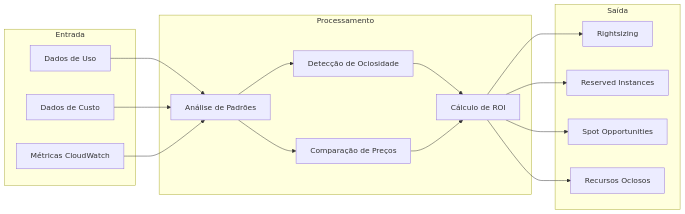
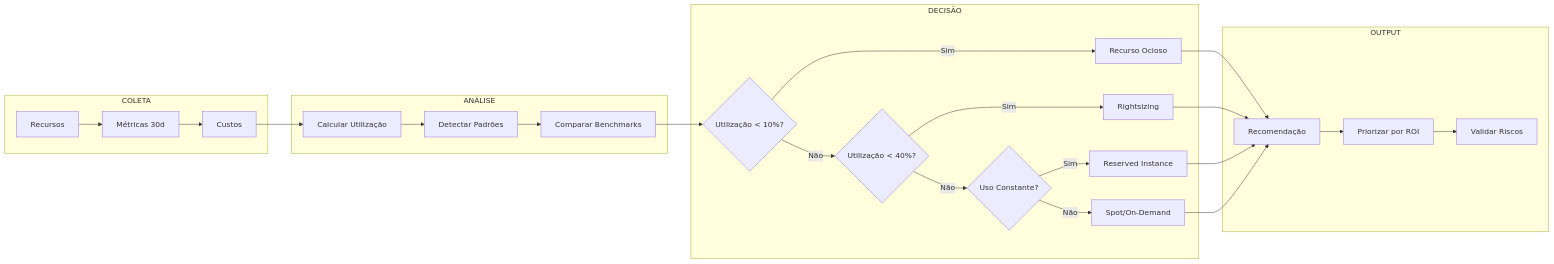
The ninth of 13 diagrams in docs/FUNCTIONAL_GUIDE.md (FELIPEACASTRO/finops-aws-bdr), drawn with Mermaid before and after one commit. The commit also changed other lines of this file and 6 other files, not shown here.

````diff
--- a/docs/FUNCTIONAL_GUIDE.md
+++ b/docs/FUNCTIONAL_GUIDE.md
@@ -378,34 +801,32 @@
 ```mermaid
 flowchart LR
-    subgraph "Entrada"
-        A[Dados de Uso]
-        B[Dados de Custo]
-        C[Métricas CloudWatch]
+    subgraph "COLETA"
+        A[Recursos] --> B[Métricas 30d]
+        B --> C[Custos]
     end
     
-    subgraph "Processamento"
-        D[Análise de Padrões]
-        E[Detecção de Ociosidade]
-        F[Comparação de Preços]
-        G[Cálculo de ROI]
+    subgraph "ANÁLISE"
+        C --> D[Calcular Utilização]
+        D --> E[Detectar Padrões]
+        E --> F[Comparar Benchmarks]
     end
     
-    subgraph "Saída"
-        H[Rightsizing]
-        I[Reserved Instances]
-        J[Spot Opportunities]
-        K[Recursos Ociosos]
+    subgraph "DECISÃO"
+        F --> G{Utilização < 10%?}
+        G -->|Sim| H[Recurso Ocioso]
+        G -->|Não| I{Utilização < 40%?}
+        I -->|Sim| J[Rightsizing]
+        I -->|Não| K{Uso Constante?}
+        K -->|Sim| L[Reserved Instance]
+        K -->|Não| M[Spot/On-Demand]
     end
     
-    A --> D
-    B --> D
-    C --> D
-    D --> E
-    D --> F
-    E --> G
-    F --> G
-    G --> H
-    G --> I
-    G --> J
-    G --> K
+    subgraph "OUTPUT"
+        H --> N[Recomendação]
+        J --> N
+        L --> N
+        M --> N
+        N --> O[Priorizar por ROI]
+        O --> P[Validar Riscos]
+    end
 ```
````
